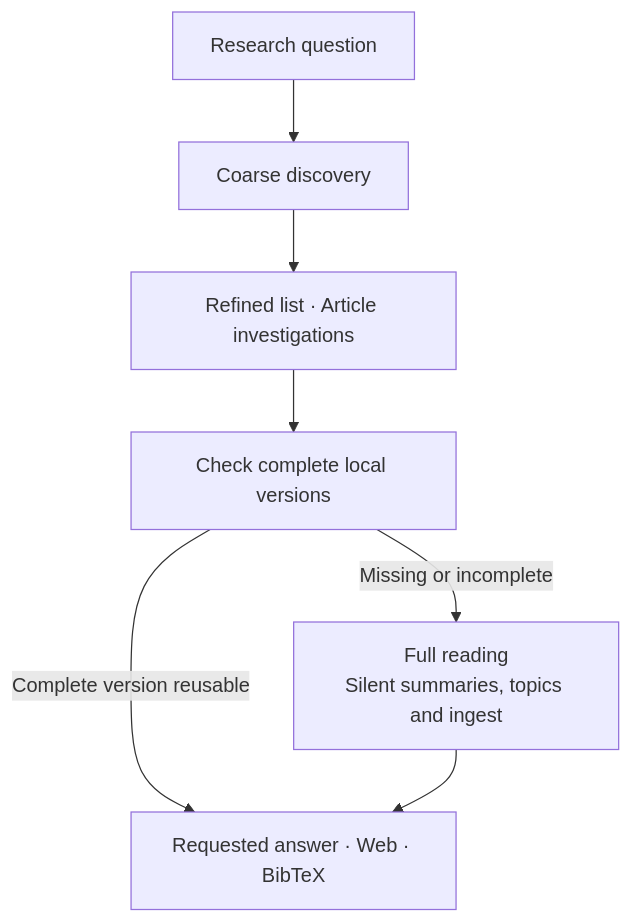
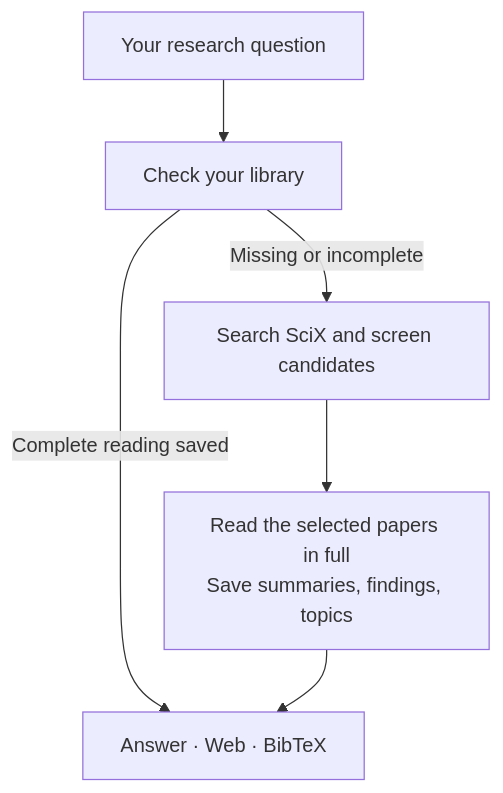
Before and after one commit to SukiYume/nasa-ads-skill: the diagram in README.md, drawn with Mermaid. The commit also changed other lines of this file and 50 other files, not shown here.

````diff
--- a/README.md
+++ b/README.md
@@ -171,9 +40,8 @@
 ```mermaid
 flowchart TB
-    Q["Research question"] --> A["Coarse discovery"]
-    A --> P["Refined list · Article investigations"]
-    P --> L["Check complete local versions"]
-    L -->|Missing or incomplete| R["Full reading<br/>Silent summaries, topics and ingest"]
-    L -->|Complete version reusable| U["Requested answer · Web · BibTeX"]
+    Q["Your research question"] --> L["Check your library"]
+    L -->|Complete reading saved| U["Answer · Web · BibTeX"]
+    L -->|Missing or incomplete| S["Search SciX and screen candidates"]
+    S --> R["Read the selected papers in full<br/>Save summaries, findings, topics"]
     R --> U
 ```
````
